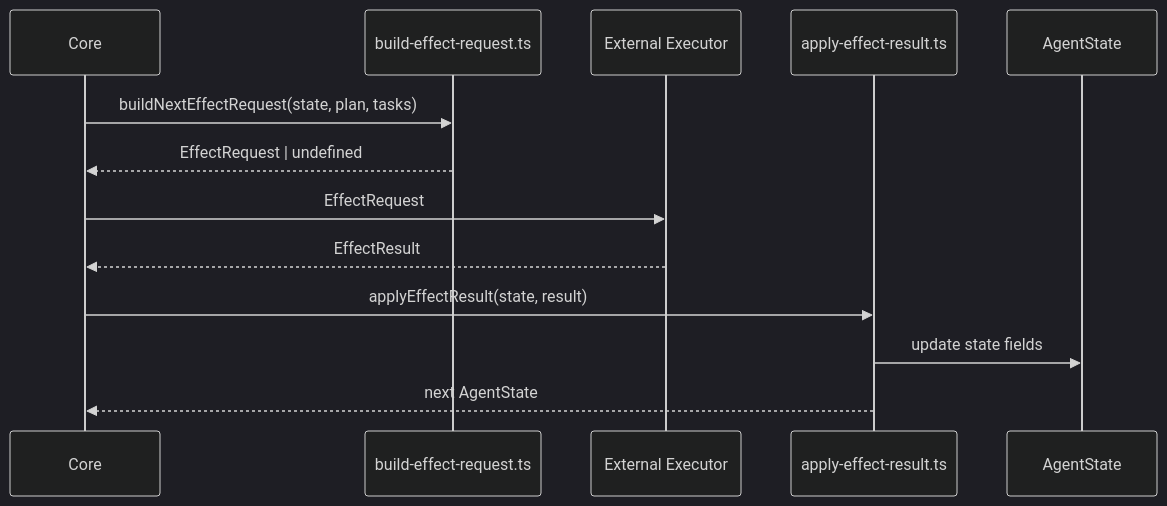
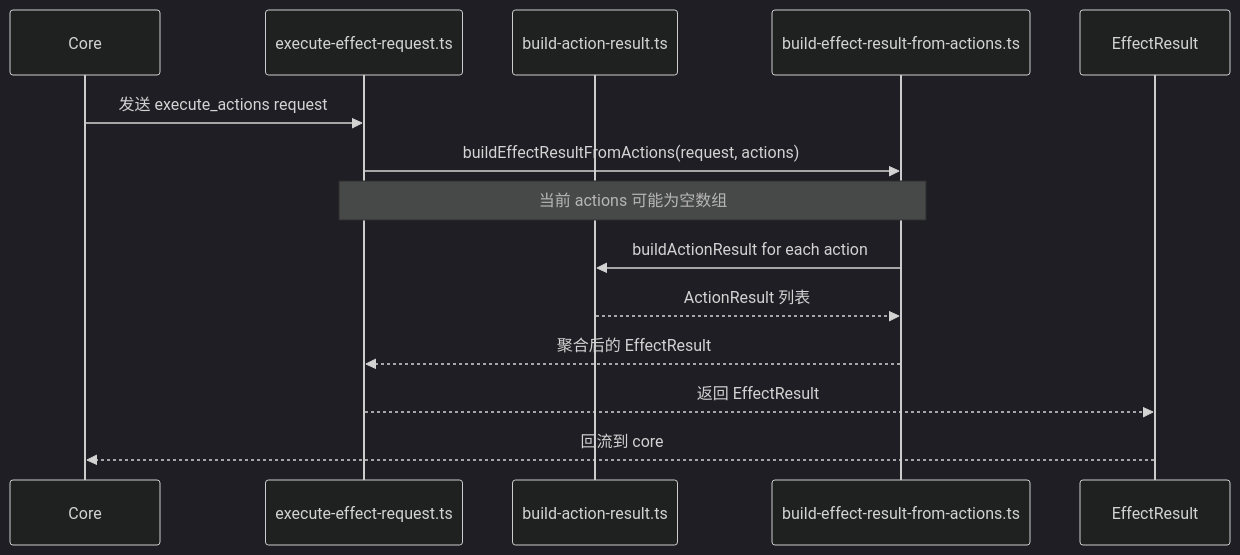
One commit to CharlieHasAHeart/forgetauri changed the third of 4 diagrams in docs/architecture/02-core_runtime_visual_model.md. Above: the diagram before and after it, drawn with Mermaid (dark theme). The commit also changed other lines of this file, not shown here.

````diff
--- a/docs/architecture/02-core_runtime_visual_model.md
+++ b/docs/architecture/02-core_runtime_visual_model.md
@@ -73,16 +83,17 @@
 ```mermaid
 sequenceDiagram
   participant Core
-  participant B as build-effect-request.ts
-  participant X as External Executor
-  participant A as apply-effect-result.ts
-  participant S as AgentState
+  participant Exec as execute-effect-request.ts
+  participant AR as build-action-result.ts
+  participant ER as build-effect-result-from-actions.ts
+  participant Out as EffectResult
 
-  Core->>B: buildNextEffectRequest(state, plan, tasks)
-  B-->>Core: EffectRequest | undefined
-  Core->>X: EffectRequest
-  X-->>Core: EffectResult
-  Core->>A: applyEffectResult(state, result)
-  A->>S: update state fields
-  A-->>Core: next AgentState
+  Core->>Exec: 发送 execute_actions request
+  Exec->>ER: buildEffectResultFromActions(request, actions)
+  Note over Exec,ER: 当前 actions 可能为空数组
+  ER->>AR: buildActionResult for each action
+  AR-->>ER: ActionResult 列表
+  ER-->>Exec: 聚合后的 EffectResult
+  Exec-->>Out: 返回 EffectResult
+  Out-->>Core: 回流到 core
 ```
````
